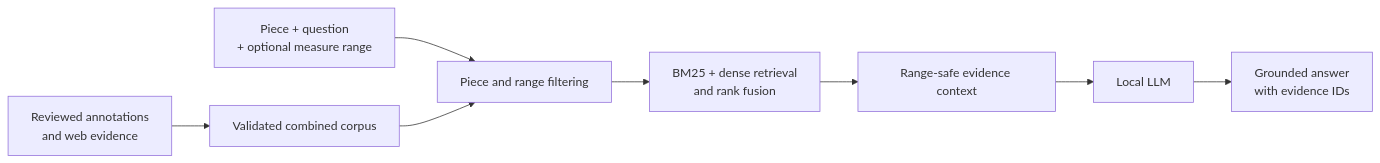
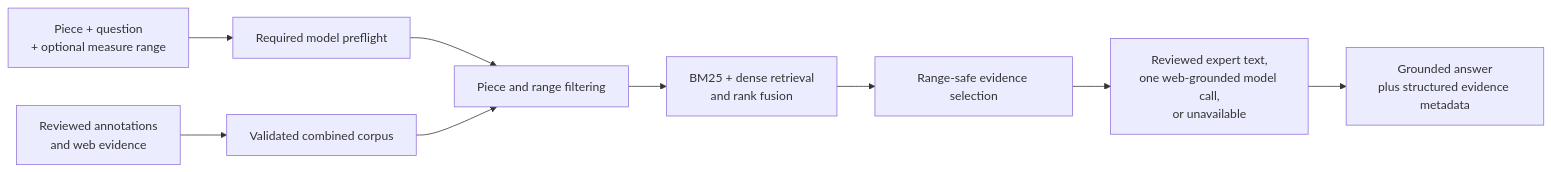
The diagram in docs/rag-llm-pipeline-method.md (minigb/soprano-qa-rag-system), drawn with Mermaid before and after one commit. The commit also changed other lines of this file and 35 other files, not shown here.

````diff
--- a/docs/rag-llm-pipeline-method.md
+++ b/docs/rag-llm-pipeline-method.md
@@ -11,16 +15,17 @@
 ```mermaid
 flowchart LR
     A["Reviewed annotations<br/>and web evidence"]
     B["Validated combined corpus"]
     C["Piece + question<br/>+ optional measure range"]
+    P["Required model preflight"]
     D["Piece and range filtering"]
     E["BM25 + dense retrieval<br/>and rank fusion"]
-    F["Range-safe evidence context"]
-    G["Local LLM"]
-    H["Grounded answer<br/>with evidence IDs"]
+    F["Range-safe evidence selection"]
+    G["Reviewed expert text,<br/>one web-grounded model call,<br/>or unavailable"]
+    H["Grounded answer<br/>plus structured evidence metadata"]
 
     A --> B
-    C --> D
+    C --> P --> D
     B --> D
     D --> E --> F --> G --> H
 ```
````
